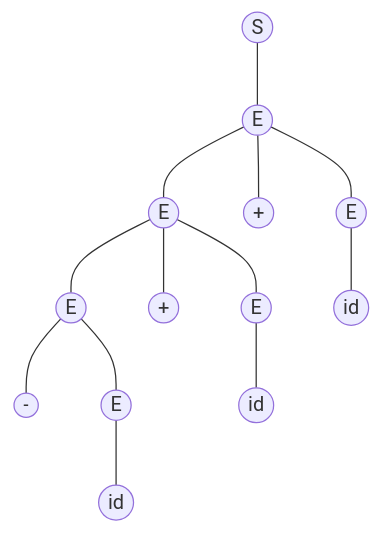
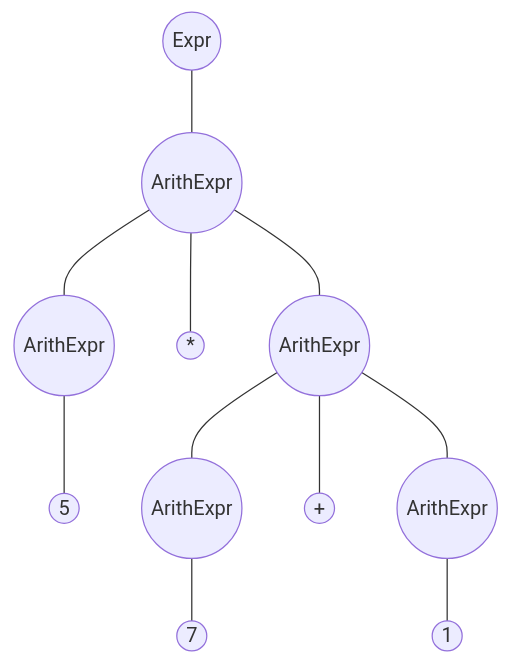
Before and after one commit to Zeng-WCh/minijava_sysu: the second of 2 diagrams in exp2/README.md, drawn with Mermaid. The commit also changed other lines of this file and 20 other files, not shown here.

````diff
--- a/exp2/README.md
+++ b/exp2/README.md
@@ -41,31 +37,26 @@
 ```mermaid
-
 graph TB
 
-0((S))
-1((E))
-2((E))
-3((+))
-4((E))
-5((E))
-6((+))
-7((E))
-8((id))
-9(("-"))
-10((E))
-11((id))
-12((id))
+0((Expr))
+1((ArithExpr))
+2((ArithExpr))
+3((*))
+4((ArithExpr))
+5((5))
+6((ArithExpr))
+7((+))
+8((ArithExpr))
+9((7))
+a((1))
 
 0 --- 1
 1 --- 2
 1 --- 3
 1 --- 4
 2 --- 5
-2 --- 6
-2 --- 7
+4 --- 6
+4 --- 7
 4 --- 8
-5 --- 9
-5 --- 10
-10 --- 12
-7 --- 11
+6 --- 9
+8 --- a
 ```
````
